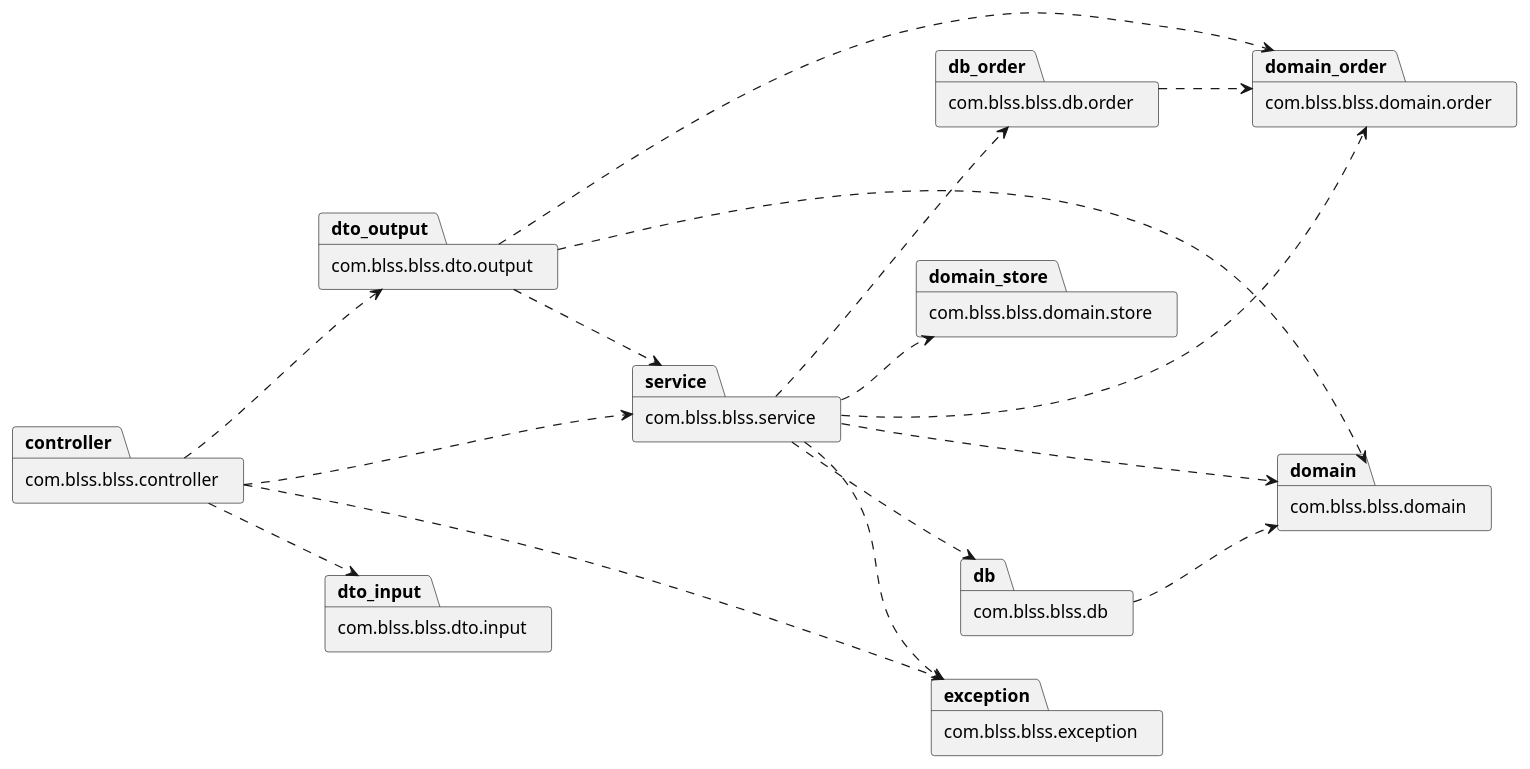
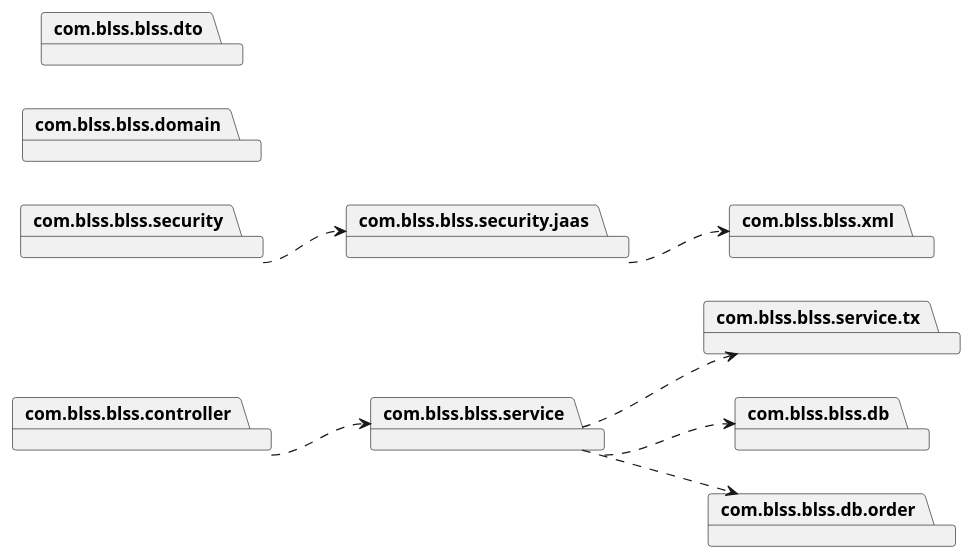
The first of 2 diagrams in docs/отчет.md (GrozniyMax/blss), drawn with PlantUML before and after one commit. The commit also changed other lines of this file and 2 other files, not shown here.

````diff
--- a/docs/отчет.md
+++ b/docs/отчет.md
@@ -11,36 +157,24 @@
 ```plantuml
 @startuml
 left to right direction
 skinparam packageStyle rectangle
 
-package "com.blss.blss.controller" as controller
-package "com.blss.blss.service" as service
-package "com.blss.blss.db" as db
-package "com.blss.blss.db.order" as db_order
-package "com.blss.blss.domain" as domain
-package "com.blss.blss.domain.order" as domain_order
-package "com.blss.blss.domain.store" as domain_store
-package "com.blss.blss.dto.input" as dto_input
-package "com.blss.blss.dto.output" as dto_output
-package "com.blss.blss.exception" as exception
+package "com.blss.blss.controller"
+package "com.blss.blss.service"
+package "com.blss.blss.service.tx"
+package "com.blss.blss.db"
+package "com.blss.blss.db.order"
+package "com.blss.blss.security"
+package "com.blss.blss.security.jaas"
+package "com.blss.blss.xml"
+package "com.blss.blss.domain"
+package "com.blss.blss.dto"
 
-controller ..> service
-controller ..> dto_input
-controller ..> dto_output
-controller ..> exception
-
-service ..> db
-service ..> db_order
-service ..> domain
-service ..> domain_order
-service ..> domain_store
-service ..> exception
-
-db ..> domain
-db_order ..> domain_order
-
-dto_output ..> service
-dto_output ..> domain
-dto_output ..> domain_order
+"com.blss.blss.controller" ..> "com.blss.blss.service"
+"com.blss.blss.service" ..> "com.blss.blss.db"
+"com.blss.blss.service" ..> "com.blss.blss.db.order"
+"com.blss.blss.service" ..> "com.blss.blss.service.tx"
+"com.blss.blss.security" ..> "com.blss.blss.security.jaas"
+"com.blss.blss.security.jaas" ..> "com.blss.blss.xml"
 @enduml
 ```
````
